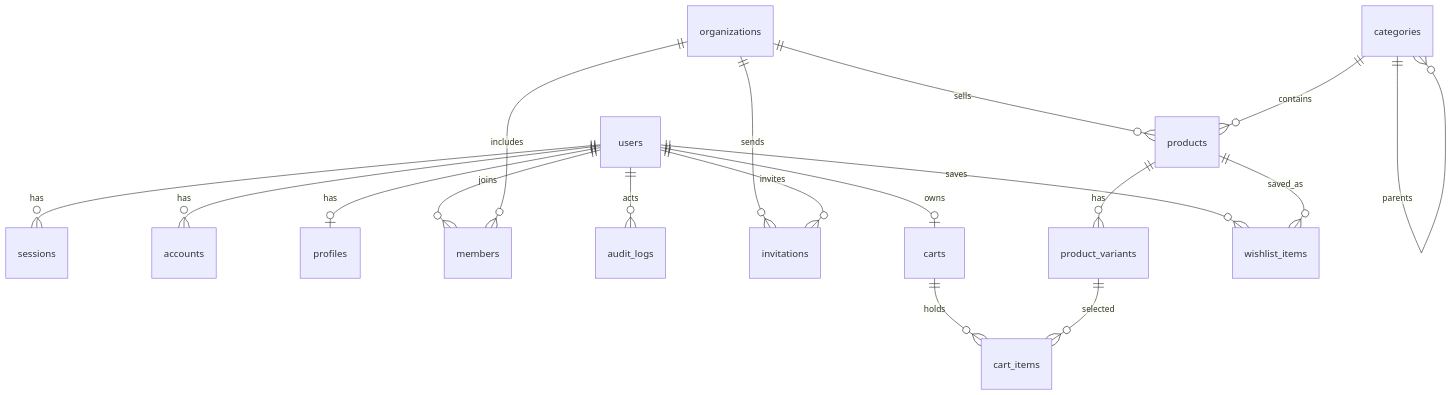
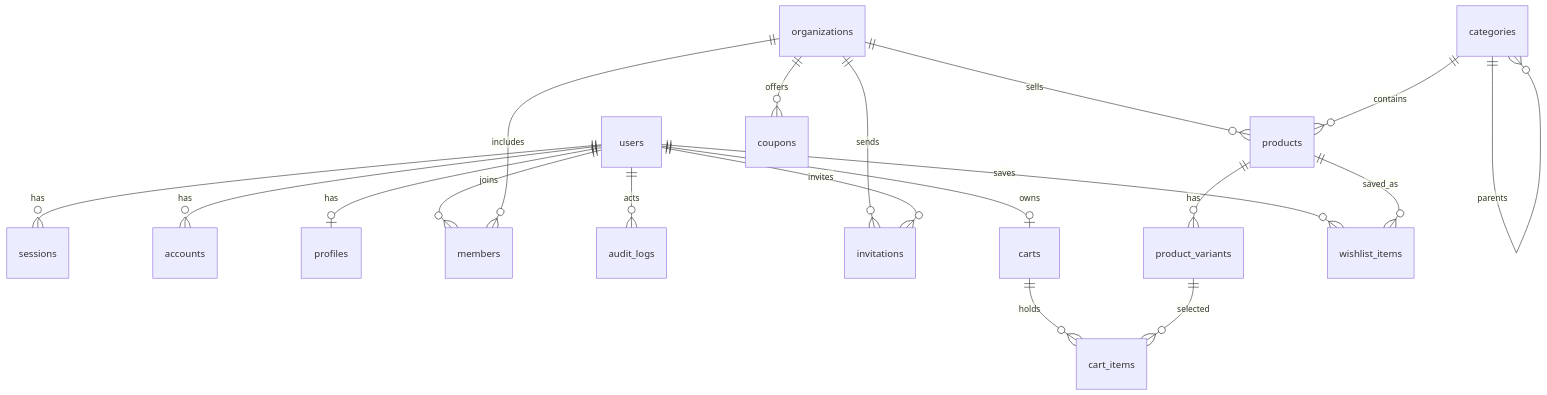
Before and after one commit to ibrahimSumon47/sawdagar-dokanpart: the diagram in docs/DATABASE.md, drawn with Mermaid. The commit also changed other lines of this file and 31 other files, not shown here.

````diff
--- a/docs/DATABASE.md
+++ b/docs/DATABASE.md
@@ -9,20 +9,21 @@
 ```mermaid
 erDiagram
   users ||--o{ sessions : has
   users ||--o{ accounts : has
   users ||--o| profiles : has
   users ||--o{ members : joins
   users ||--o{ audit_logs : acts
   organizations ||--o{ members : includes
   organizations ||--o{ invitations : sends
   organizations ||--o{ products : sells
   users ||--o{ invitations : invites
   categories ||--o{ categories : parents
   categories ||--o{ products : contains
   products ||--o{ product_variants : has
   users ||--o| carts : owns
   carts ||--o{ cart_items : holds
   product_variants ||--o{ cart_items : selected
   users ||--o{ wishlist_items : saves
   products ||--o{ wishlist_items : saved_as
+  organizations ||--o{ coupons : offers
 ```
````
